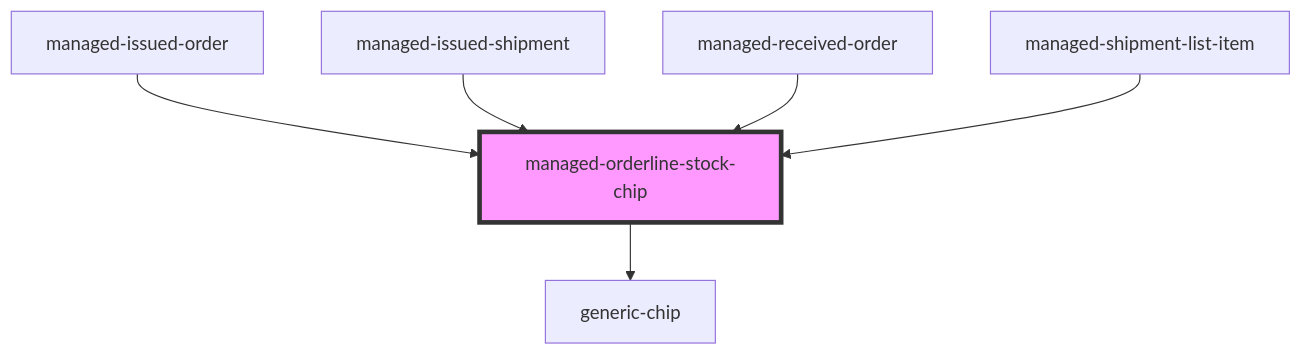
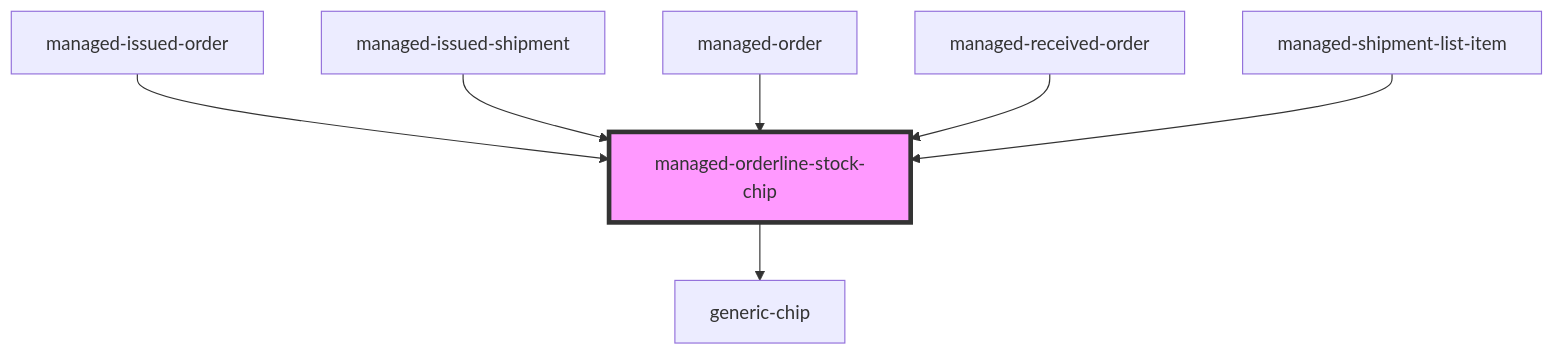
One commit to PharmaLedger-IMI/fgt-workspace changed the diagram in pdm-web-components/src/components/managed-orderline-stock-chip/readme.md. Above: the diagram before and after it, drawn with Mermaid. The commit also changed other lines of this file and 20 other files, not shown here.

````diff
--- a/pdm-web-components/src/components/managed-orderline-stock-chip/readme.md
+++ b/pdm-web-components/src/components/managed-orderline-stock-chip/readme.md
@@ -42,9 +43,10 @@
 ```mermaid
 graph TD;
   managed-orderline-stock-chip --> generic-chip
   managed-issued-order --> managed-orderline-stock-chip
   managed-issued-shipment --> managed-orderline-stock-chip
+  managed-order --> managed-orderline-stock-chip
   managed-received-order --> managed-orderline-stock-chip
   managed-shipment-list-item --> managed-orderline-stock-chip
   style managed-orderline-stock-chip fill:#f9f,stroke:#333,stroke-width:4px
 ```
````
